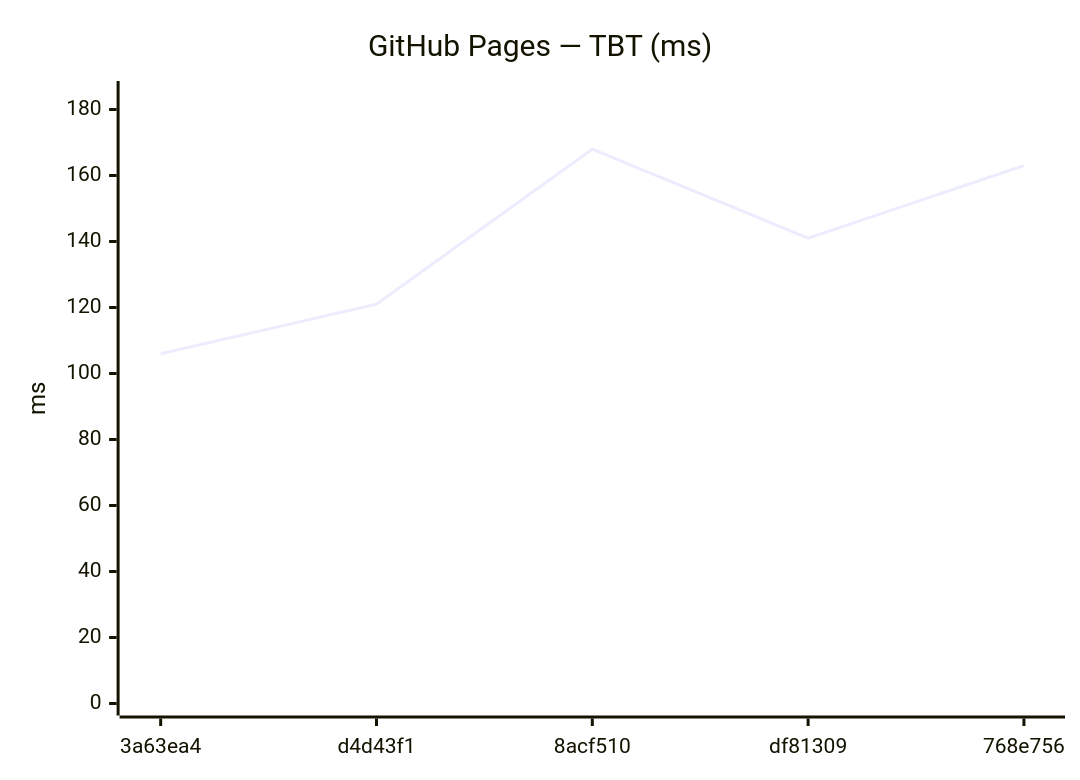
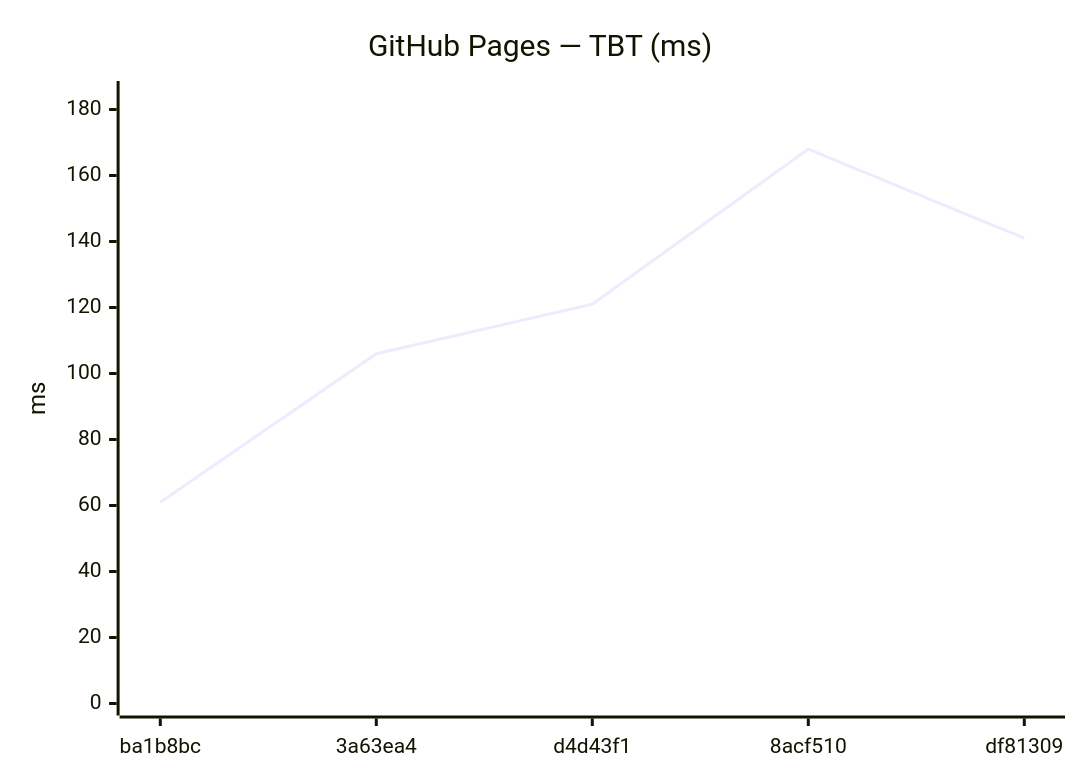
One commit to Metaheurist/Rianell changed the tenth of 18 diagrams in benchmarks/compare.md. Above: the diagram before and after it, drawn with Mermaid. The commit also changed other lines of this file and 11 other files, not shown here.

````diff
--- a/benchmarks/compare.md
+++ b/benchmarks/compare.md
@@ -149,7 +149,7 @@
 ```mermaid
 xychart-beta
     title "GitHub Pages — TBT (ms)"
-    x-axis ["3a63ea4", "d4d43f1", "8acf510", "df81309", "768e756"]
+    x-axis ["ba1b8bc", "3a63ea4", "d4d43f1", "8acf510", "df81309"]
     y-axis "ms" 0 --> 185
-    line [106, 121, 168, 141, 163]
+    line [61, 106, 121, 168, 141]
 ```
````
